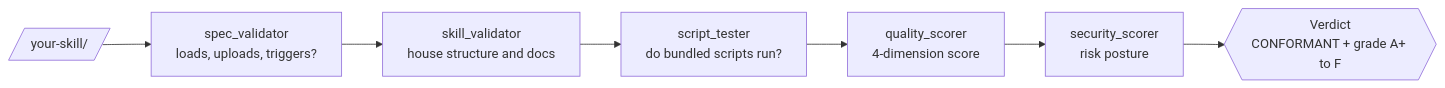
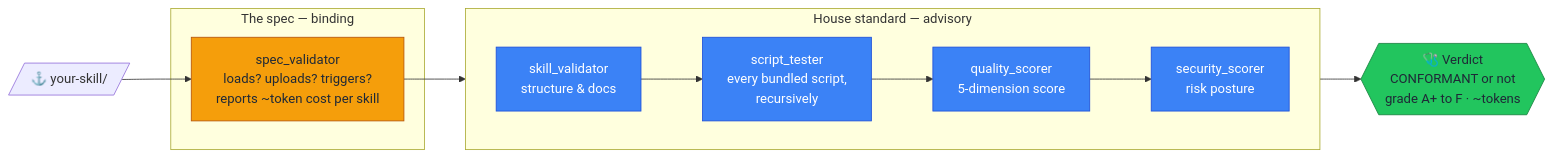
Before and after one commit to AlveeeRahman/skill-vision: the first of 2 diagrams in README.md, drawn with Mermaid. The commit also changed other lines of this file and 9 other files, not shown here.

First line of the commit message:
Fix every P0/P1 field-audit defect; add per-skill token-cost report

````diff
--- a/README.md
+++ b/README.md
@@ -47,9 +47,21 @@
 ```mermaid
 flowchart LR
-    skill[/"your-skill/"/] --> spec["spec_validator<br/>loads, uploads, triggers?"]
-    spec --> house["skill_validator<br/>house structure and docs"]
-    house --> tester["script_tester<br/>do bundled scripts run?"]
-    tester --> quality["quality_scorer<br/>4-dimension score"]
-    quality --> security["security_scorer<br/>risk posture"]
-    security --> verdict{{"Verdict<br/>CONFORMANT + grade A+ to F"}}
+    skill[/"⚓ your-skill/"/] --> spec
+    subgraph SPEC["The spec — binding"]
+        spec["spec_validator<br/>loads? uploads? triggers?<br/>reports ~token cost per skill"]
+    end
+    subgraph HOUSE["House standard — advisory"]
+        direction LR
+        house["skill_validator<br/>structure & docs"] --> tester["script_tester<br/>every bundled script,<br/>recursively"]
+        tester --> quality["quality_scorer<br/>5-dimension score"]
+        quality --> security["security_scorer<br/>risk posture"]
+    end
+    spec --> house
+    security --> verdict{{"🩺 Verdict<br/>CONFORMANT or not<br/>grade A+ to F · ~tokens"}}
+    classDef specStyle fill:#f59e0b,stroke:#b45309,color:#1f2937
+    classDef houseStyle fill:#3b82f6,stroke:#1d4ed8,color:#ffffff
+    classDef verdictStyle fill:#22c55e,stroke:#15803d,color:#1f2937
+    class spec specStyle
+    class house,tester,quality,security houseStyle
+    class verdict verdictStyle
 ```
````
